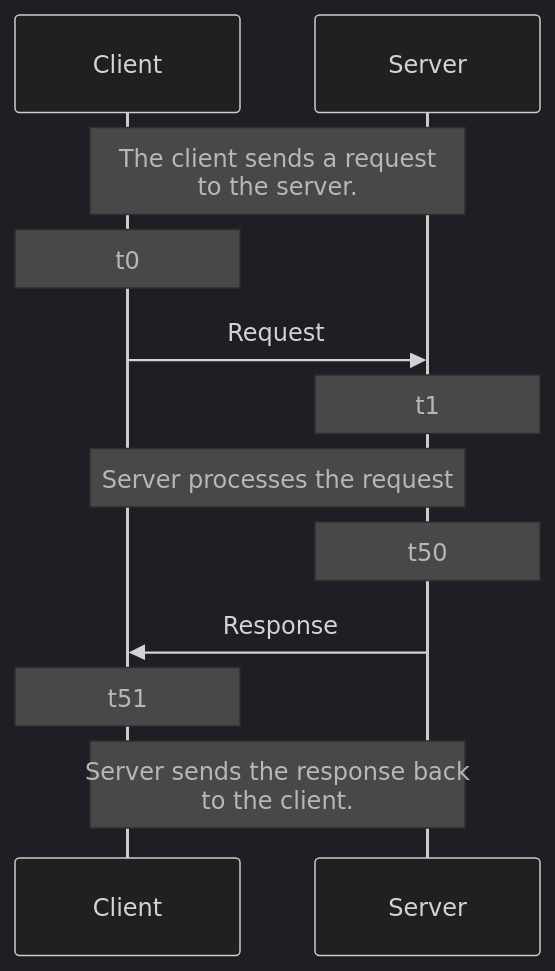
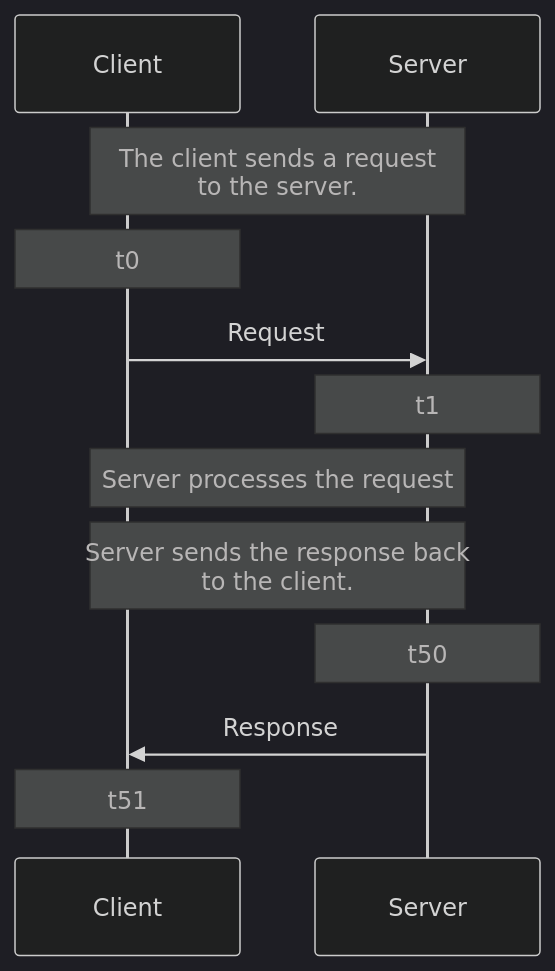
The fourth of 4 diagrams in README.md (rohan843/backend-engg-notes), drawn with Mermaid (dark theme) before and after one commit. The commit also changed other lines of this file, not shown here.

````diff
--- a/README.md
+++ b/README.md
@@ -108,14 +108,14 @@
 ```mermaid
 sequenceDiagram
     participant Client
     participant Server
     Note over Client, Server: The client sends a request <br/>to the server.
     Note over Client: t0
     Client->>Server: Request
     Note over Server: t1
     Note over Client, Server: Server processes the request
+    Note over Client, Server: Server sends the response back <br/>to the client.
     Note over Server: t50
     Server->>Client: Response
     Note over Client: t51
-    Note over Client, Server: Server sends the response back <br/>to the client.
 ```
````
